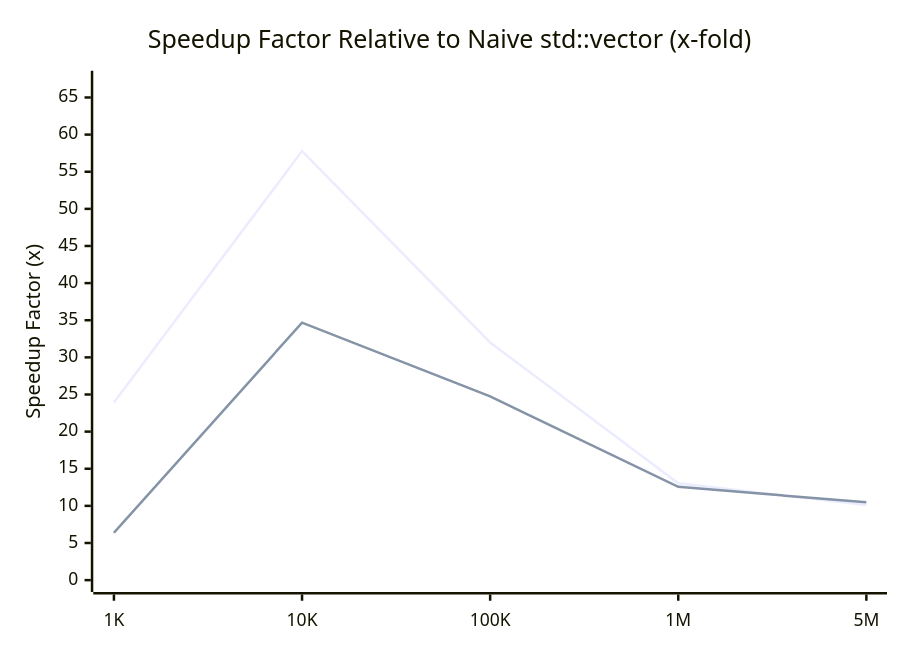
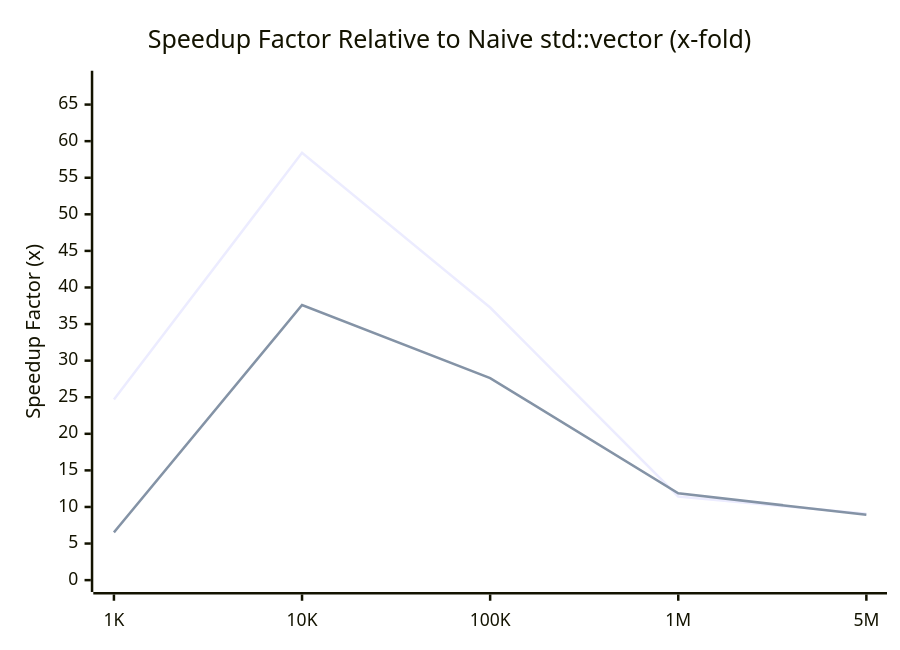
One commit to maithreyanprabhu2907-prog/Vector changed the second of 2 diagrams in README.md. Above: the diagram before and after it, drawn with Mermaid. The commit also changed other lines of this file, not shown here.

````diff
--- a/README.md
+++ b/README.md
@@ -126,8 +126,8 @@
 ```mermaid
 xychart-beta
     title "Speedup Factor Relative to Naive std::vector (x-fold)"
     x-axis ["1K", "10K", "100K", "1M", "5M"]
-    y-axis "Speedup Factor (x)" 0 --> 67
-    line [23.93, 57.78, 32.01, 13.04, 10.11]
-    line [6.38, 34.67, 24.75, 12.56, 10.48]
+    y-axis "Speedup Factor (x)" 0 --> 68
+    line [24.70, 58.41, 37.26, 11.43, 9.09]
+    line [6.53, 37.60, 27.61, 11.87, 8.93]
 ```
````
